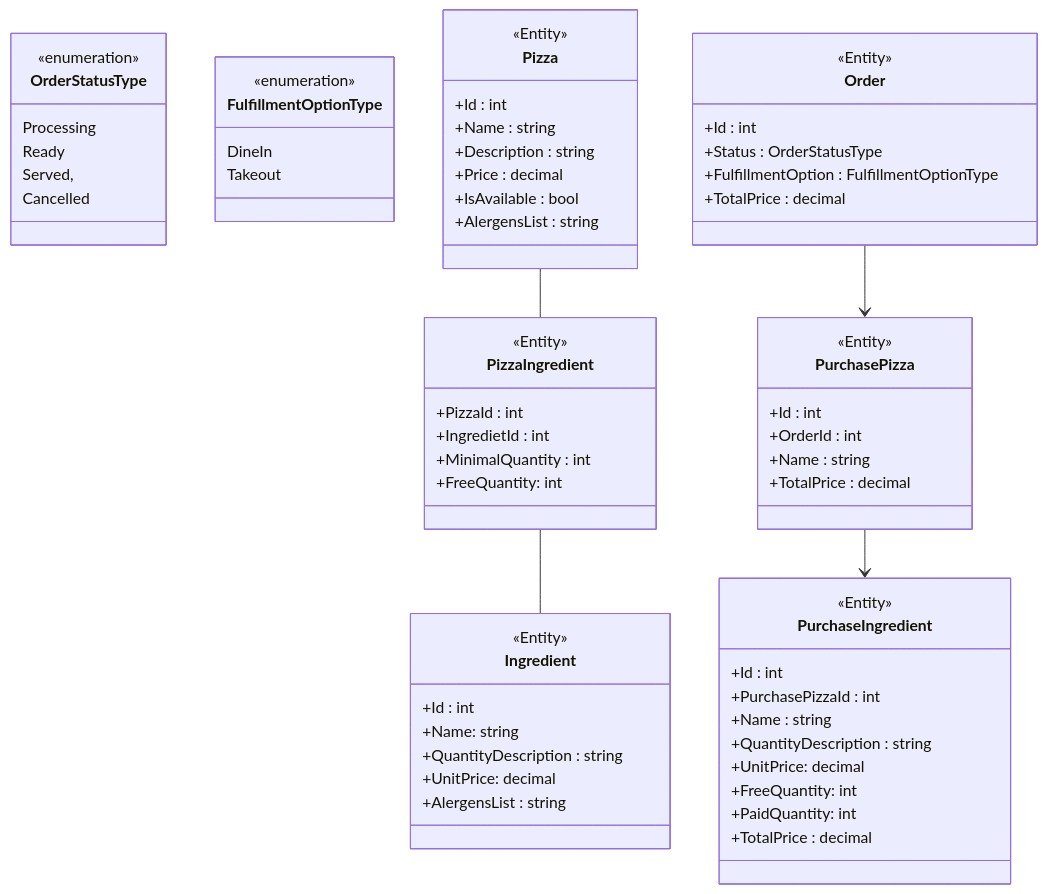
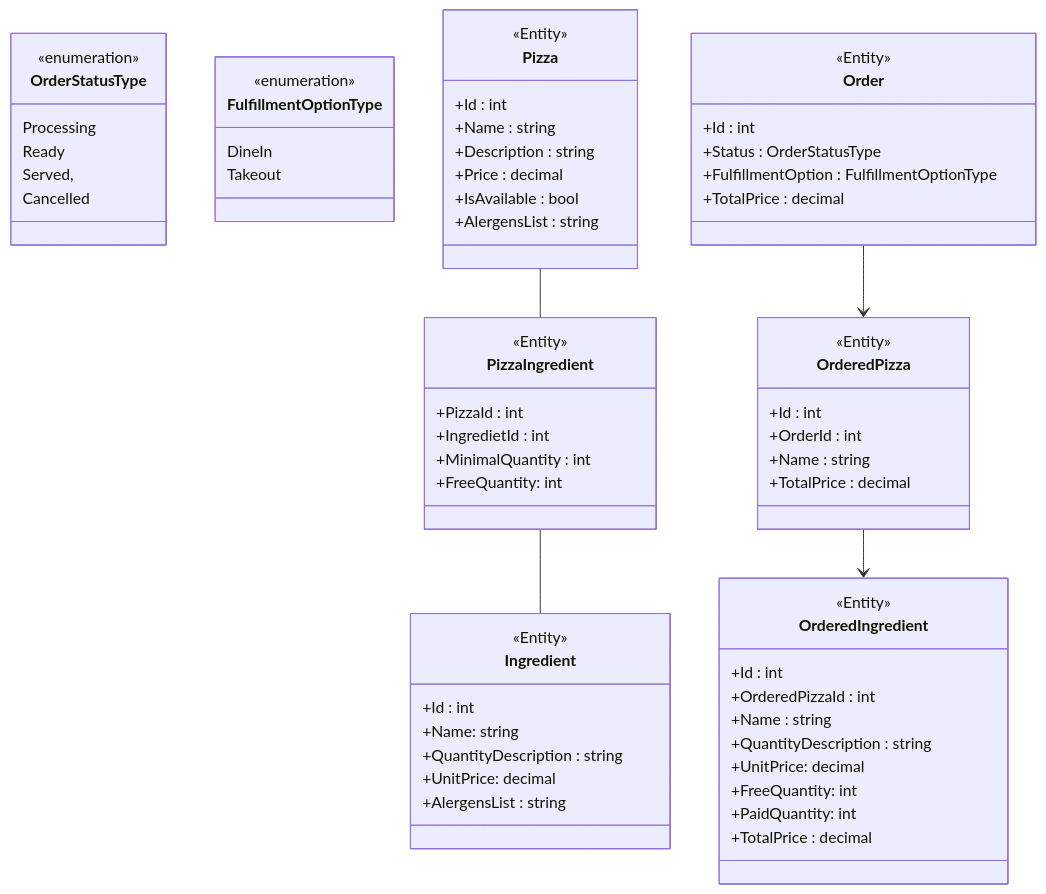
Before and after one commit to ekral/FAI: the first of 2 diagrams in AF/src/Utb.PizzaKiosk/README.md, drawn with Mermaid.

````diff
--- a/AF/src/Utb.PizzaKiosk/README.md
+++ b/AF/src/Utb.PizzaKiosk/README.md
@@ -177,80 +177,80 @@
 ```mermaid
 classDiagram
 
    class OrderStatusType{
       <<enumeration>>
       Processing
       Ready
       Served,
       Cancelled
    }
 
    class FulfillmentOptionType{
       <<enumeration>>
       DineIn
       Takeout
    }
 
    class Pizza {
       <<Entity>>
       +Id : int
       +Name : string
       +Description : string
       +Price : decimal
       +IsAvailable : bool
       +AlergensList : string
    }
 
    
 
    class PizzaIngredient {
       <<Entity>>
       +PizzaId : int
       +IngredietId : int
       +MinimalQuantity : int
       +FreeQuantity: int
    }
 
   class Ingredient {
       <<Entity>>
       +Id : int
       +Name: string
       +QuantityDescription : string
       +UnitPrice: decimal
       +AlergensList : string
   }
 
   class Order {
       <<Entity>>
       +Id : int
       +Status : OrderStatusType
       +FulfillmentOption : FulfillmentOptionType
       +TotalPrice : decimal
    }
 
-   class PurchasePizza {
+   class OrderedPizza {
       <<Entity>>
       +Id : int
       +OrderId : int
       +Name : string
       +TotalPrice : decimal
    }
 
-   class PurchaseIngredient {
+   class OrderedIngredient {
       <<Entity>>
       +Id : int
-      +PurchasePizzaId : int
+      +OrderedPizzaId : int
       +Name : string
       +QuantityDescription : string
       +UnitPrice: decimal
       +FreeQuantity: int
       +PaidQuantity: int
       +TotalPrice : decimal
    }
 
    Pizza -- PizzaIngredient
    PizzaIngredient -- Ingredient
-   Order --> PurchasePizza
-   PurchasePizza --> PurchaseIngredient
+   Order --> OrderedPizza
+   OrderedPizza --> OrderedIngredient
 
 ```
````
